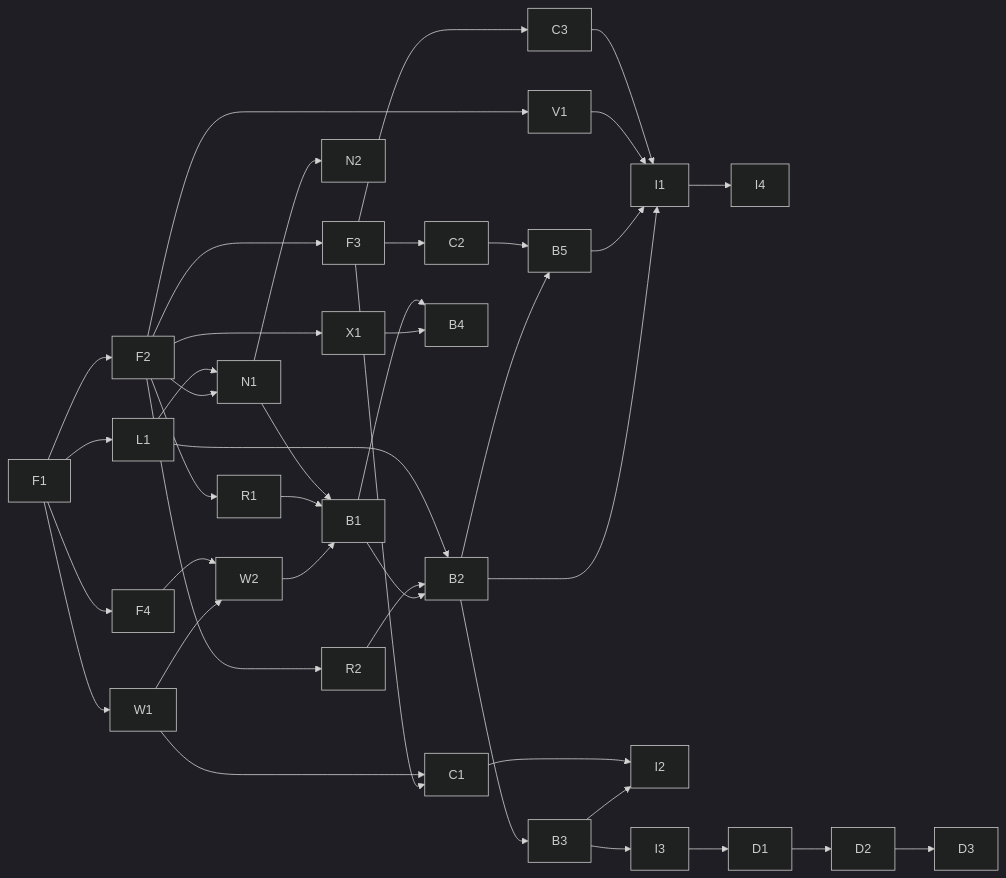
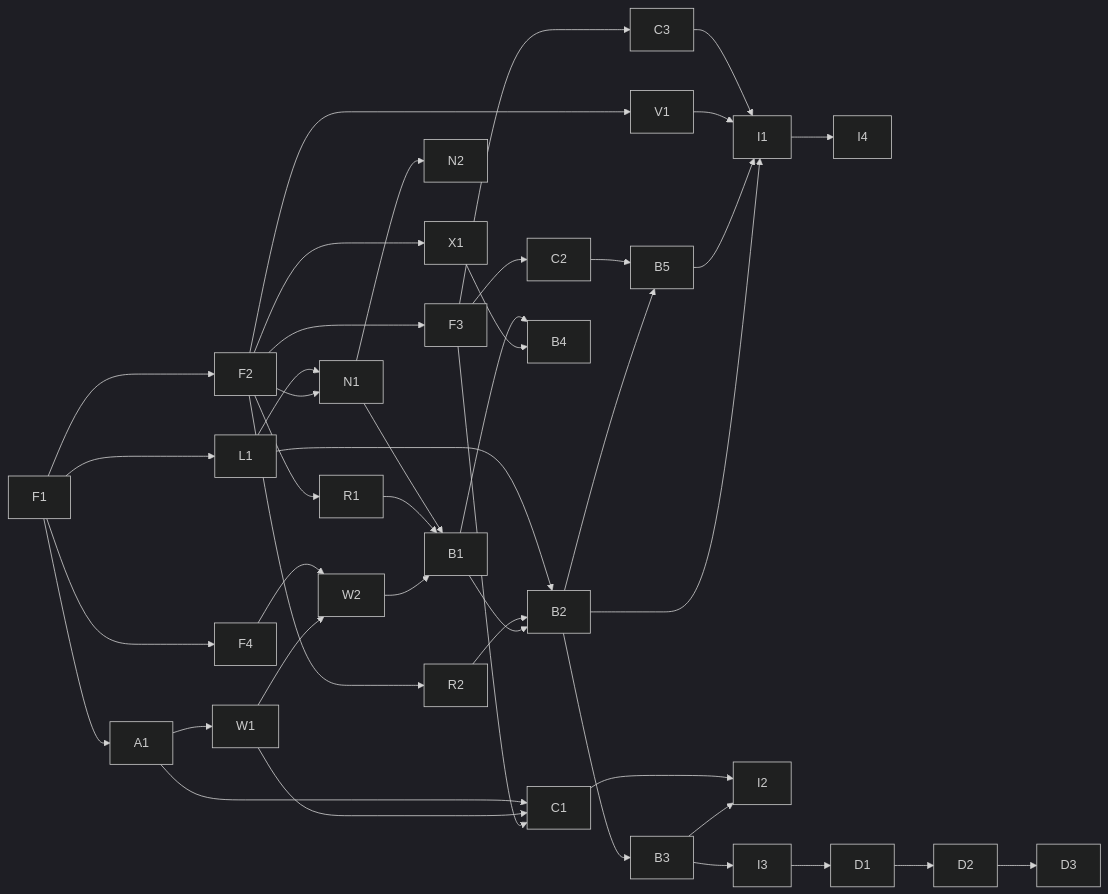
The diagram in docs/poc-plan.md (mentaldesk/simile), drawn with Mermaid (dark theme) before and after one commit. The commit also changed other lines of this file, not shown here.

````diff
--- a/docs/poc-plan.md
+++ b/docs/poc-plan.md
@@ -94,23 +95,23 @@
 ```mermaid
 graph LR
   F1 --> F2 --> F3
   F1 --> F4
-  F1 --> W1 --> W2
+  F1 --> A1 --> W1 --> W2
   F4 --> W2
   F3 --> C1 & C2 & C3
-  W1 --> C1
+  W1 & A1 --> C1
   F1 --> L1
   F2 --> N1 --> N2
   L1 --> N1
   F2 --> R1 & R2 & V1 & X1
   W2 & R1 & N1 --> B1
   B1 & R2 & L1 --> B2
   B2 --> B3
   X1 & B1 --> B4
   B2 & C2 --> B5
   B2 & B5 & V1 & C3 --> I1
   B3 & C1 --> I2
   B3 --> I3
   I1 --> I4
   I3 --> D1 --> D2 --> D3
 ```
````
